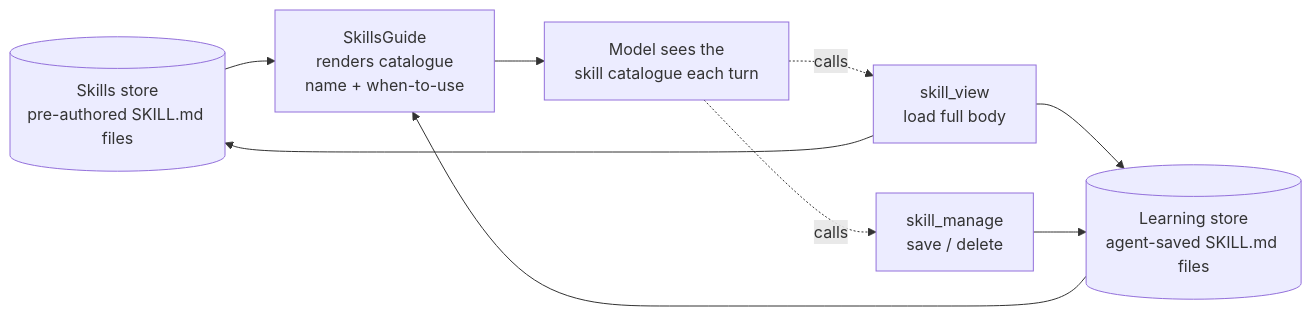
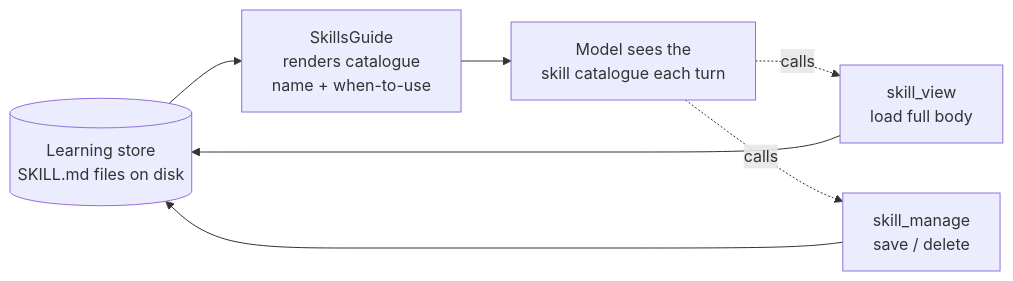
The third of 4 diagrams in README.md (AnilKerai/model-harness), drawn with Mermaid before and after one commit. The commit also changed other lines of this file, not shown here.

````diff
--- a/README.md
+++ b/README.md
@@ -223,13 +260,10 @@
 ```mermaid
 flowchart LR
-    SKILLS[(Skills store\npre-authored SKILL.md files)]
-    LEARNING[(Learning store\nagent-saved SKILL.md files)]
-    SKILLS --> SG[SkillsGuide\nrenders catalogue\nname + when-to-use]
-    LEARNING --> SG
+    STORE[(Learning store\nSKILL.md files on disk)]
+    STORE --> SG[SkillsGuide\nrenders catalogue\nname + when-to-use]
     SG --> CTX[Model sees the\nskill catalogue each turn]
     CTX -. calls .-> SV[skill_view\nload full body]
     CTX -. calls .-> SM[skill_manage\nsave / delete]
-    SV --> SKILLS
-    SV --> LEARNING
-    SM --> LEARNING
+    SV --> STORE
+    SM --> STORE
 ```
````
